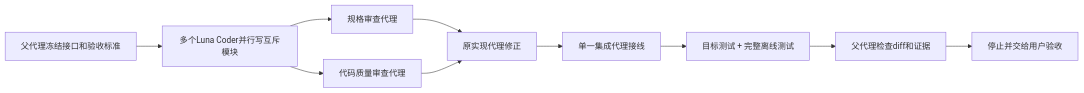
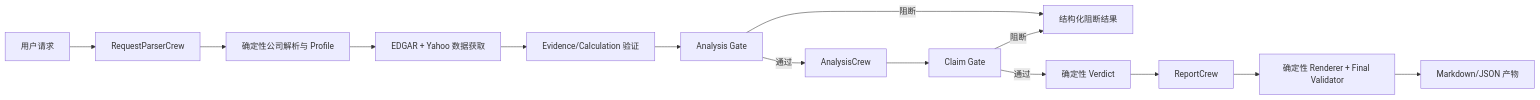
Before and after one commit to Blake-Ye/StockCrewAI: the diagram in docs/architecture.md, drawn with Mermaid. The commit also changed other lines of this file and 169 other files, not shown here.

````diff
--- a/docs/architecture.md
+++ b/docs/architecture.md
@@ -643,12 +29,16 @@
 ```mermaid
 flowchart LR
-    A[父代理冻结接口和验收标准] --> B[多个Luna Coder并行写互斥模块]
-    B --> C[规格审查代理]
-    B --> D[代码质量审查代理]
-    C --> E[原实现代理修正]
-    D --> E
-    E --> F[单一集成代理接线]
-    F --> G[目标测试 + 完整离线测试]
-    G --> H[父代理检查diff和证据]
-    H --> I[停止并交给用户验收]
+    A[用户请求] --> B[RequestParserCrew]
+    B --> C[确定性公司解析与 Profile]
+    C --> D[EDGAR + Yahoo 数据获取]
+    D --> E[Evidence/Calculation 验证]
+    E --> F[Analysis Gate]
+    F -->|通过| G[AnalysisCrew]
+    F -->|阻断| X[结构化阻断结果]
+    G --> H[Claim Gate]
+    H -->|通过| I[确定性 Verdict]
+    H -->|阻断| X
+    I --> J[ReportCrew]
+    J --> K[确定性 Renderer + Final Validator]
+    K --> L[Markdown/JSON 产物]
 ```
````
